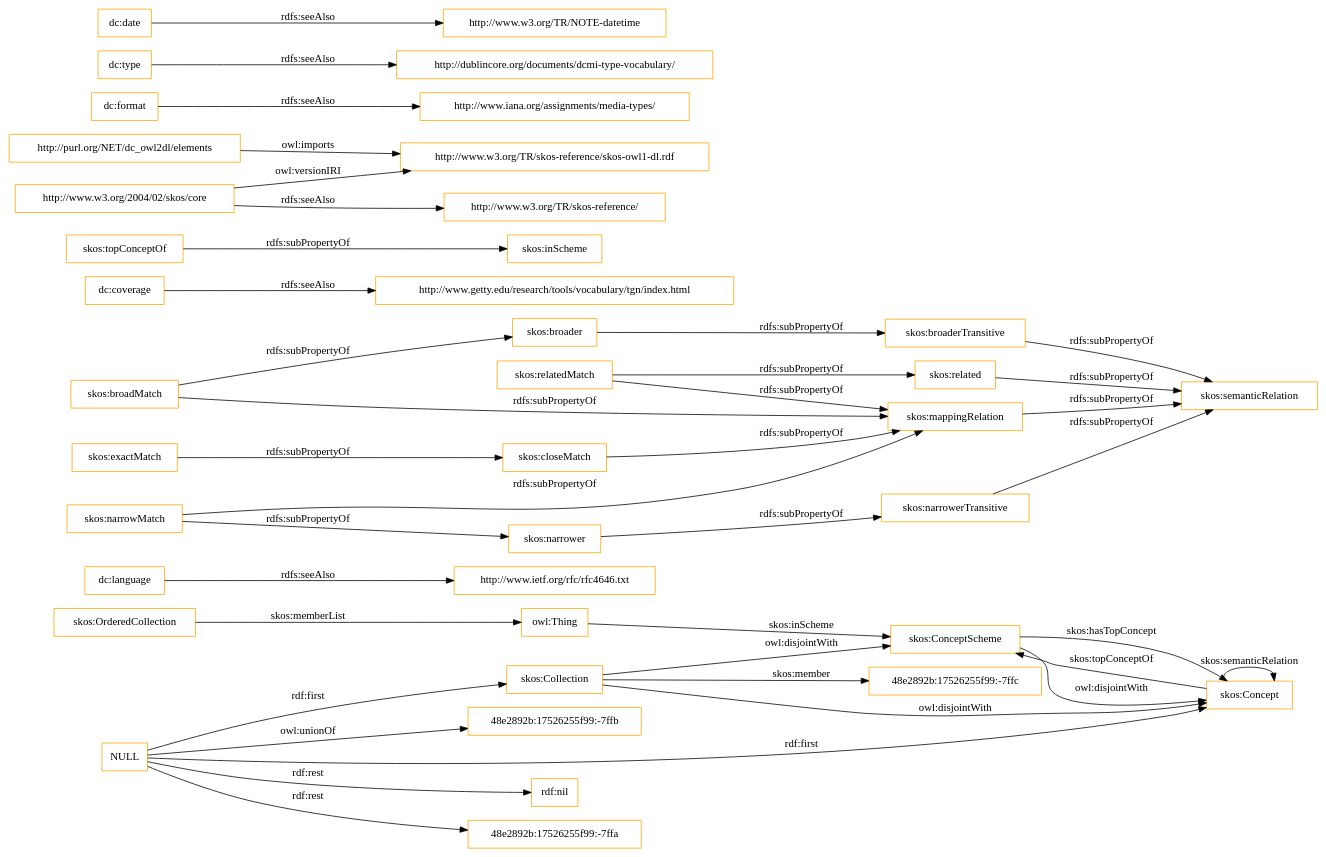
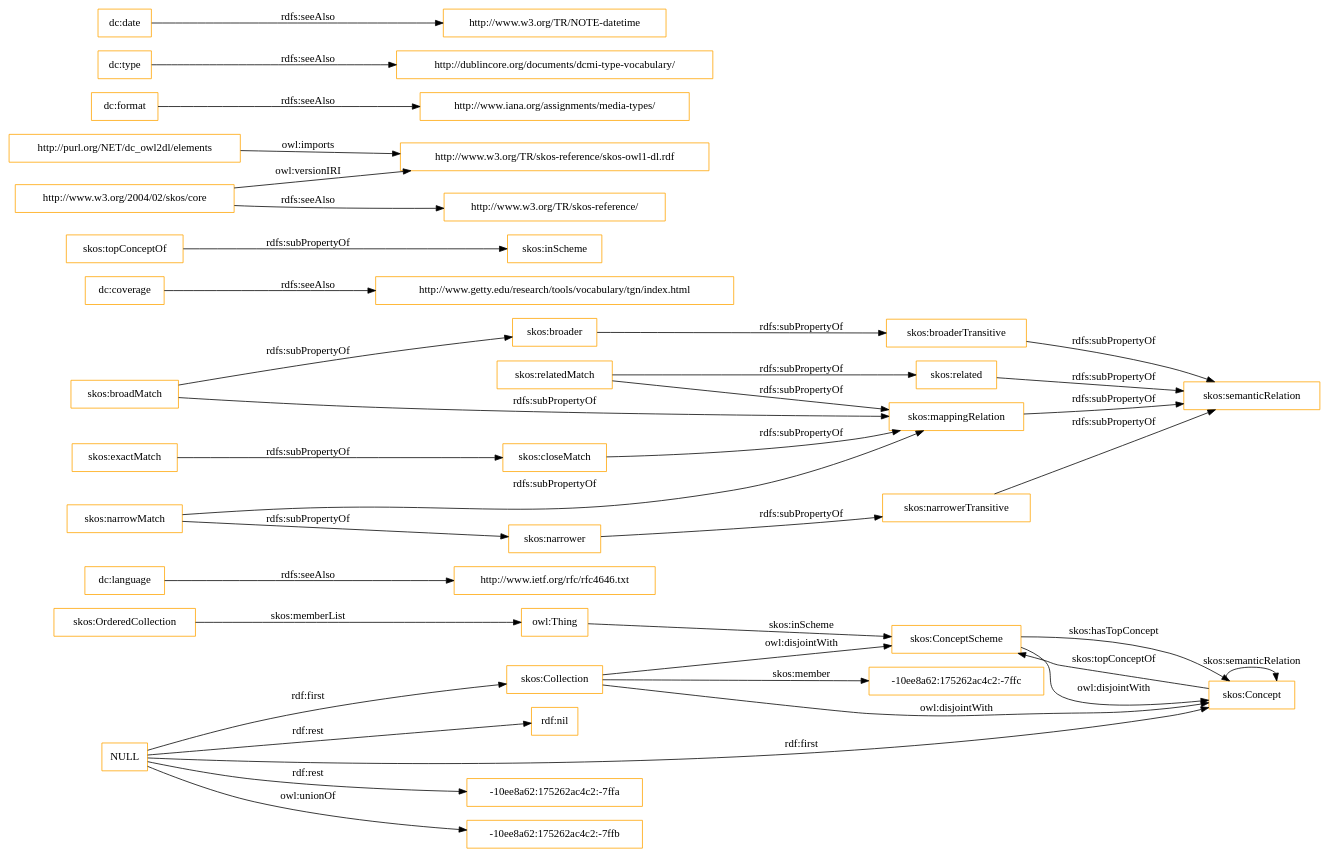
One commit to OnToologyUser/core-ontology-1 changed the diagram in OnToology/imports/elements.owl/diagrams/ar2dtool-class/elements.owl.png.dot. Above: the diagram before and after it, drawn with Graphviz. The commit also changed 14 other files, not shown here.

```diff
--- a/OnToology/imports/elements.owl/diagrams/ar2dtool-class/elements.owl.png.dot
+++ b/OnToology/imports/elements.owl/diagrams/ar2dtool-class/elements.owl.png.dot
@@ -1,43 +1,43 @@
 digraph ar2dtool_diagram { 
 rankdir=LR;
 size="1501"
-node [shape = rectangle, color="orange"]; "48e2892b:17526255f99:-7ffc" "skos:OrderedCollection" "skos:Collection" "skos:ConceptScheme" "skos:Concept" ; /*classes style*/
+node [shape = rectangle, color="orange"]; "-10ee8a62:175262ac4c2:-7ffc" "skos:OrderedCollection" "skos:Collection" "skos:ConceptScheme" "skos:Concept" ; /*classes style*/
 	"dc:language" -> "http://www.ietf.org/rfc/rfc4646.txt" [ label = "rdfs:seeAlso" ];
+	"NULL" -> "-10ee8a62:175262ac4c2:-7ffa" [ label = "rdf:rest" ];
+	"NULL" -> "skos:Concept" [ label = "rdf:first" ];
+	"NULL" -> "-10ee8a62:175262ac4c2:-7ffb" [ label = "owl:unionOf" ];
 	"NULL" -> "rdf:nil" [ label = "rdf:rest" ];
 	"NULL" -> "skos:Collection" [ label = "rdf:first" ];
-	"NULL" -> "48e2892b:17526255f99:-7ffa" [ label = "rdf:rest" ];
-	"NULL" -> "skos:Concept" [ label = "rdf:first" ];
-	"NULL" -> "48e2892b:17526255f99:-7ffb" [ label = "owl:unionOf" ];
 	"skos:closeMatch" -> "skos:mappingRelation" [ label = "rdfs:subPropertyOf" ];
 	"dc:coverage" -> "http://www.getty.edu/research/tools/vocabulary/tgn/index.html" [ label = "rdfs:seeAlso" ];
 	"skos:relatedMatch" -> "skos:related" [ label = "rdfs:subPropertyOf" ];
 	"skos:relatedMatch" -> "skos:mappingRelation" [ label = "rdfs:subPropertyOf" ];
 	"skos:ConceptScheme" -> "skos:Concept" [ label = "owl:disjointWith" ];
 	"skos:related" -> "skos:semanticRelation" [ label = "rdfs:subPropertyOf" ];
 	"skos:topConceptOf" -> "skos:inScheme" [ label = "rdfs:subPropertyOf" ];
 	"skos:broadMatch" -> "skos:broader" [ label = "rdfs:subPropertyOf" ];
 	"skos:broadMatch" -> "skos:mappingRelation" [ label = "rdfs:subPropertyOf" ];
 	"http://purl.org/NET/dc_owl2dl/elements" -> "http://www.w3.org/TR/skos-reference/skos-owl1-dl.rdf" [ label = "owl:imports" ];
 	"skos:exactMatch" -> "skos:closeMatch" [ label = "rdfs:subPropertyOf" ];
 	"dc:format" -> "http://www.iana.org/assignments/media-types/" [ label = "rdfs:seeAlso" ];
 	"skos:broaderTransitive" -> "skos:semanticRelation" [ label = "rdfs:subPropertyOf" ];
 	"dc:type" -> "http://dublincore.org/documents/dcmi-type-vocabulary/" [ label = "rdfs:seeAlso" ];
 	"skos:broader" -> "skos:broaderTransitive" [ label = "rdfs:subPropertyOf" ];
 	"skos:mappingRelation" -> "skos:semanticRelation" [ label = "rdfs:subPropertyOf" ];
 	"http://www.w3.org/2004/02/skos/core" -> "http://www.w3.org/TR/skos-reference/skos-owl1-dl.rdf" [ label = "owl:versionIRI" ];
 	"http://www.w3.org/2004/02/skos/core" -> "http://www.w3.org/TR/skos-reference/" [ label = "rdfs:seeAlso" ];
 	"skos:Collection" -> "skos:ConceptScheme" [ label = "owl:disjointWith" ];
 	"skos:Collection" -> "skos:Concept" [ label = "owl:disjointWith" ];
 	"skos:narrowMatch" -> "skos:narrower" [ label = "rdfs:subPropertyOf" ];
 	"skos:narrowMatch" -> "skos:mappingRelation" [ label = "rdfs:subPropertyOf" ];
 	"skos:narrower" -> "skos:narrowerTransitive" [ label = "rdfs:subPropertyOf" ];
 	"dc:date" -> "http://www.w3.org/TR/NOTE-datetime" [ label = "rdfs:seeAlso" ];
 	"skos:narrowerTransitive" -> "skos:semanticRelation" [ label = "rdfs:subPropertyOf" ];
 	"skos:OrderedCollection" -> "owl:Thing" [ label = "skos:memberList" ];
 	"skos:Concept" -> "skos:ConceptScheme" [ label = "skos:topConceptOf" ];
 	"skos:Concept" -> "skos:Concept" [ label = "skos:semanticRelation" ];
-	"skos:Collection" -> "48e2892b:17526255f99:-7ffc" [ label = "skos:member" ];
+	"skos:Collection" -> "-10ee8a62:175262ac4c2:-7ffc" [ label = "skos:member" ];
 	"skos:ConceptScheme" -> "skos:Concept" [ label = "skos:hasTopConcept" ];
 	"owl:Thing" -> "skos:ConceptScheme" [ label = "skos:inScheme" ];
 
 }
```
